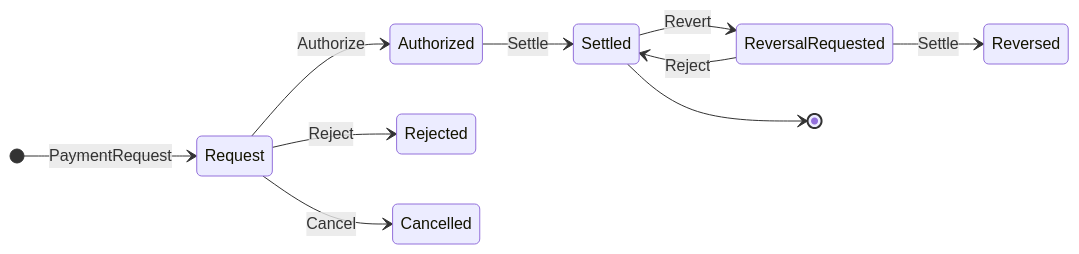
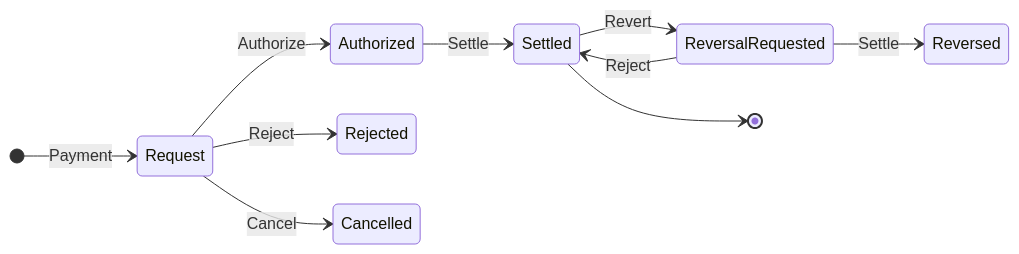
The first of 4 diagrams in TAIPs/taip-14.md (TransactionAuthorizationProtocol/TAIPs), drawn with Mermaid before and after one commit. The commit also changed other lines of this file and 6 other files, not shown here.

First line of the commit message:
Rename PaymentRequest to Payment throughout the codebase

````diff
--- a/TAIPs/taip-14.md
+++ b/TAIPs/taip-14.md
@@ -67,13 +64,13 @@
 ```mermaid
 stateDiagram-v2
     direction lr
-    [*] --> Request : PaymentRequest
+    [*] --> Request : Payment
     Request --> Authorized : Authorize
     Request --> Rejected : Reject
     Request --> Cancelled : Cancel
     Authorized --> Settled : Settle
     Settled --> ReversalRequested: Revert
     ReversalRequested --> Reversed: Settle
     ReversalRequested --> Settled: Reject
     Settled --> [*]
 ```
````
